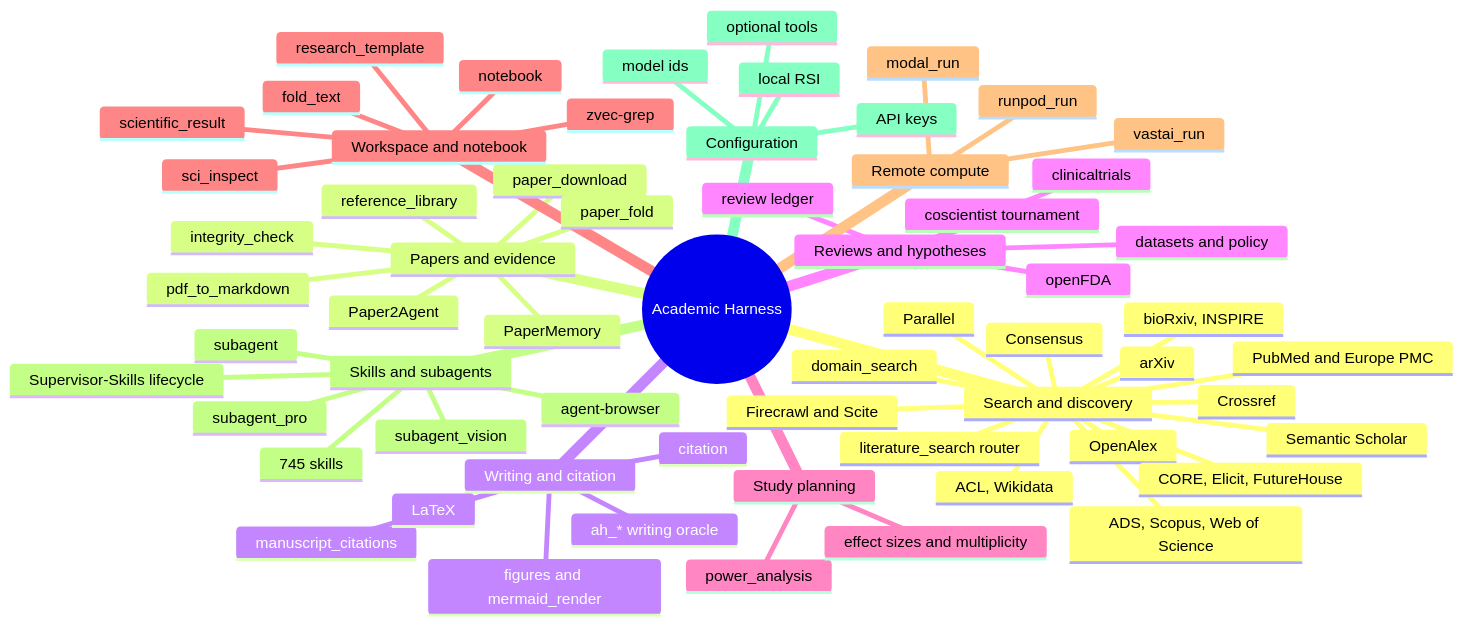
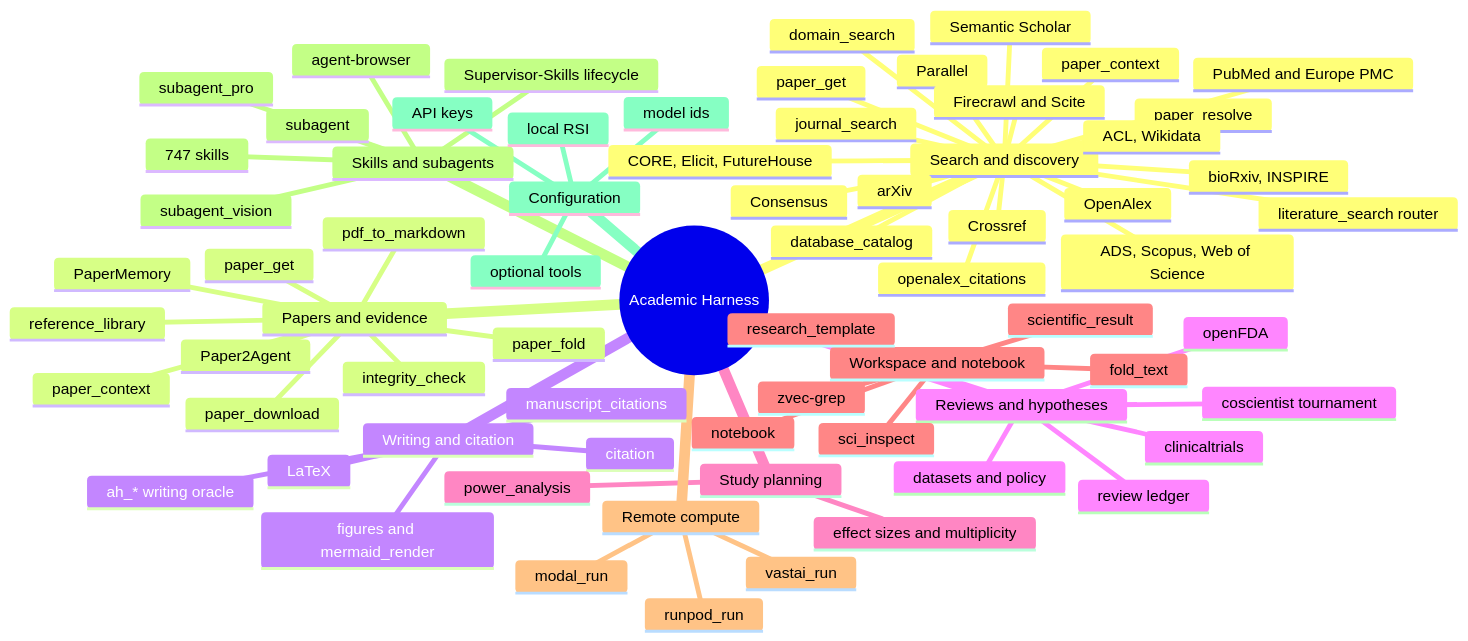
The diagram in docs/diagrams/capability-map.mmd (raktim-mondol/academic-harness), drawn with Mermaid before and after one commit. The commit also changed 52 other files, not shown here.

```diff
--- a/docs/diagrams/capability-map.mmd
+++ b/docs/diagrams/capability-map.mmd
@@ -1,63 +1,71 @@
 mindmap
   root((Academic Harness))
     Search and discovery
       literature_search router
+      journal_search
+      paper_get
+      paper_context
+      paper_resolve
+      openalex_citations
+      database_catalog
       domain_search
       OpenAlex
       Semantic Scholar
       PubMed and Europe PMC
       arXiv
       Crossref
       bioRxiv, INSPIRE
       ADS, Scopus, Web of Science
       ACL, Wikidata
       Consensus
       Parallel
       Firecrawl and Scite
       CORE, Elicit, FutureHouse
     Papers and evidence
+      paper_get
+      paper_context
       paper_download
       paper_fold
       pdf_to_markdown
       PaperMemory
       reference_library
       integrity_check
       Paper2Agent
     Writing and citation
       ah_* writing oracle
       citation
       manuscript_citations
       LaTeX
       figures and mermaid_render
     Reviews and hypotheses
       review ledger
       coscientist tournament
       clinicaltrials
       openFDA
       datasets and policy
     Study planning
       power_analysis
       effect sizes and multiplicity
     Workspace and notebook
       zvec-grep
       notebook
       scientific_result
       fold_text
       sci_inspect
       research_template
     Remote compute
       modal_run
       runpod_run
       vastai_run
     Skills and subagents
-      745 skills
+      747 skills
       Supervisor-Skills lifecycle
       agent-browser
       subagent
       subagent_pro
       subagent_vision
     Configuration
       API keys
       model ids
       optional tools
       local RSI
```
